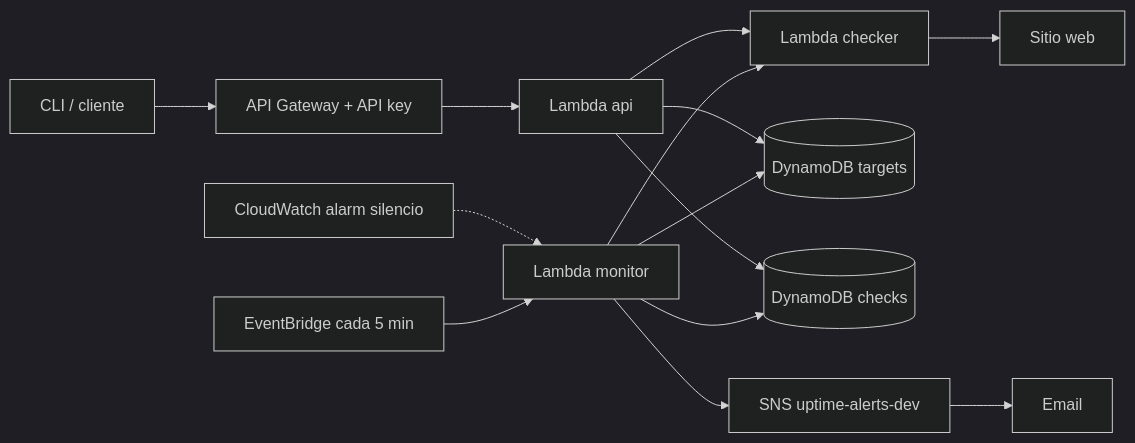
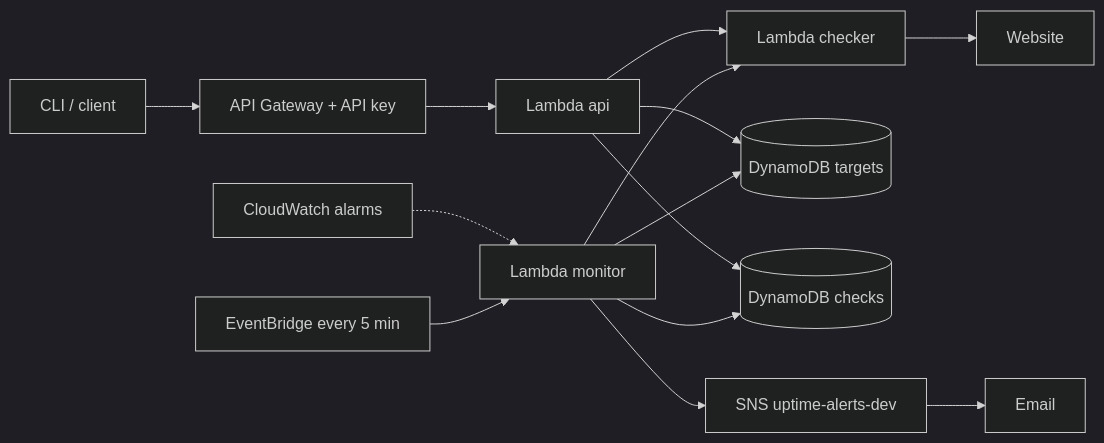
Before and after one commit to AlegreGonza/uptime-sentinel: the first of 2 diagrams in README.md, drawn with Mermaid (dark theme). The commit also changed other lines of this file and 1 other file, not shown here.

Commit message:
Align API routes and Lambda timeout with the deployed stack; update README

````diff
--- a/README.md
+++ b/README.md
@@ -35,16 +35,16 @@
 ```mermaid
 flowchart LR
-    EB[EventBridge cada 5 min] --> M[Lambda monitor]
+    EB[EventBridge every 5 min] --> M[Lambda monitor]
     M --> C[Lambda checker]
-    C --> W[Sitio web]
+    C --> W[Website]
     M --> T[(DynamoDB targets)]
     M --> K[(DynamoDB checks)]
     M --> S[SNS uptime-alerts-dev]
     S --> E[Email]
-    CW[CloudWatch alarm silencio] -.-> M
-    U[CLI / cliente] --> A[API Gateway + API key]
+    CW[CloudWatch alarms] -.-> M
+    U[CLI / client] --> A[API Gateway + API key]
     A --> AP[Lambda api]
     AP --> T
     AP --> K
     AP --> C
 ```
````
